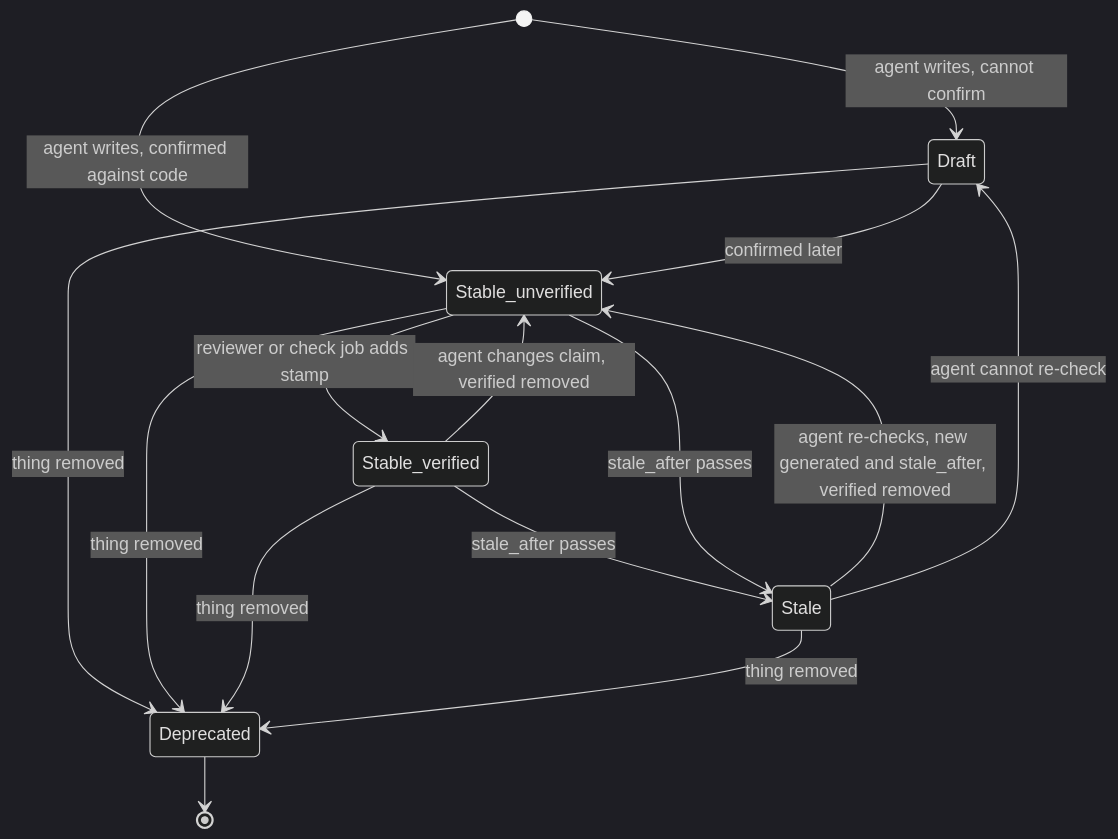
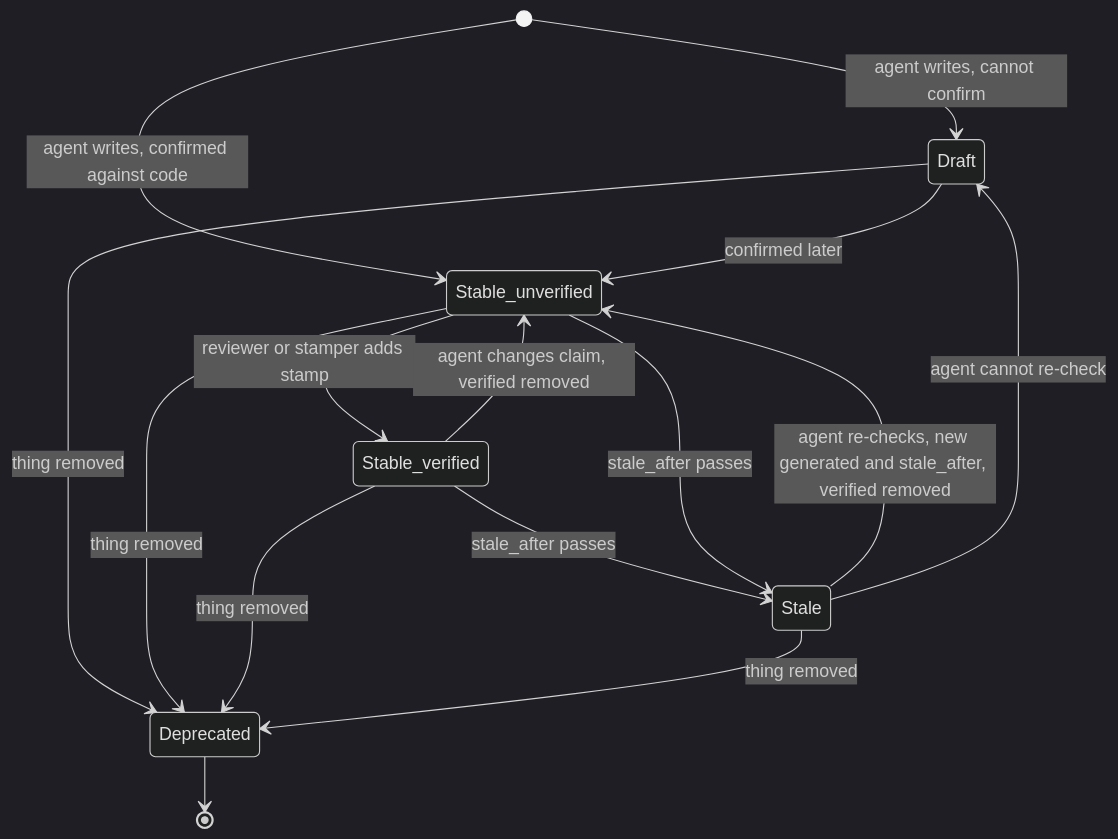
The fourth of 4 diagrams in docs/design/okf-knowledge-system-ux.md (tuan-nng/compass), drawn with Mermaid (dark theme) before and after one commit. The commit also changed other lines of this file and 2 other files, not shown here.

````diff
--- a/docs/design/okf-knowledge-system-ux.md
+++ b/docs/design/okf-knowledge-system-ux.md
@@ -540,17 +561,17 @@
 ```mermaid
 stateDiagram-v2
   [*] --> Draft: agent writes, cannot confirm
   [*] --> Stable_unverified: agent writes, confirmed against code
   Draft --> Stable_unverified: confirmed later
-  Stable_unverified --> Stable_verified: reviewer or check job adds stamp
+  Stable_unverified --> Stable_verified: reviewer or stamper adds stamp
   Stable_verified --> Stale: stale_after passes
   Stable_unverified --> Stale: stale_after passes
   Stale --> Stable_unverified: agent re-checks, new generated and stale_after, verified removed
   Stale --> Draft: agent cannot re-check
   Stable_verified --> Stable_unverified: agent changes claim, verified removed
   Draft --> Deprecated: thing removed
   Stable_unverified --> Deprecated: thing removed
   Stable_verified --> Deprecated: thing removed
   Stale --> Deprecated: thing removed
   Deprecated --> [*]
 ```
````
